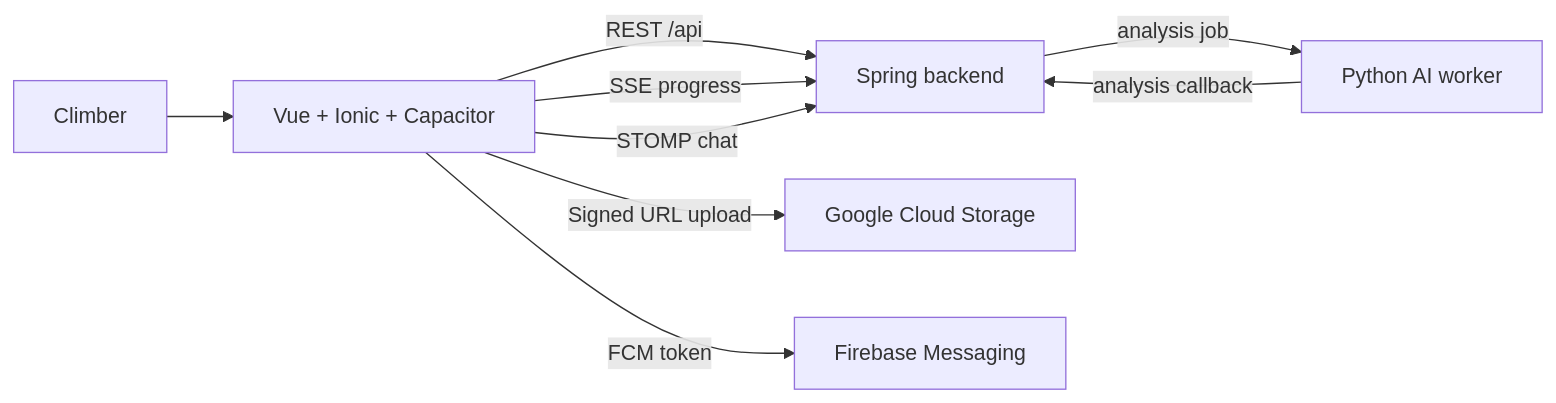
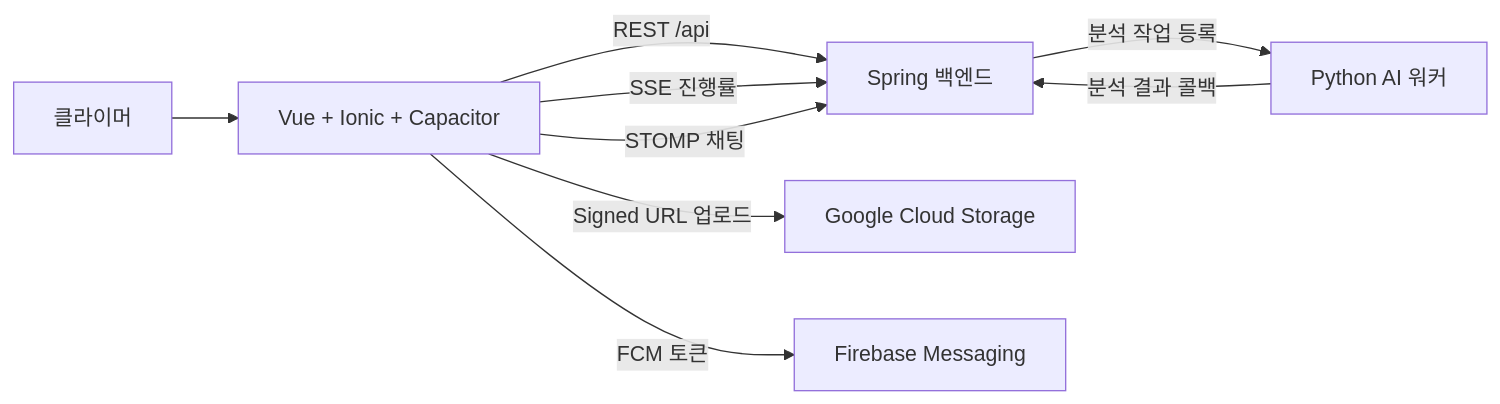
Before and after one commit to hola-climb/hola-climbing-web: the diagram in README.md, drawn with Mermaid. The commit also changed other lines of this file, not shown here.

````diff
--- a/README.md
+++ b/README.md
@@ -41,11 +42,11 @@
 ```mermaid
 flowchart LR
-  User["Climber"] --> App["Vue + Ionic + Capacitor"]
-  App -->|REST /api| Server["Spring backend"]
-  App -->|Signed URL upload| GCS["Google Cloud Storage"]
-  App -->|SSE progress| Server
-  App -->|STOMP chat| Server
-  App -->|FCM token| Firebase["Firebase Messaging"]
-  Server -->|analysis job| AI["Python AI worker"]
-  AI -->|analysis callback| Server
+  User["클라이머"] --> App["Vue + Ionic + Capacitor"]
+  App -->|REST /api| Server["Spring 백엔드"]
+  App -->|Signed URL 업로드| GCS["Google Cloud Storage"]
+  App -->|SSE 진행률| Server
+  App -->|STOMP 채팅| Server
+  App -->|FCM 토큰| Firebase["Firebase Messaging"]
+  Server -->|분석 작업 등록| AI["Python AI 워커"]
+  AI -->|분석 결과 콜백| Server
 ```
````
